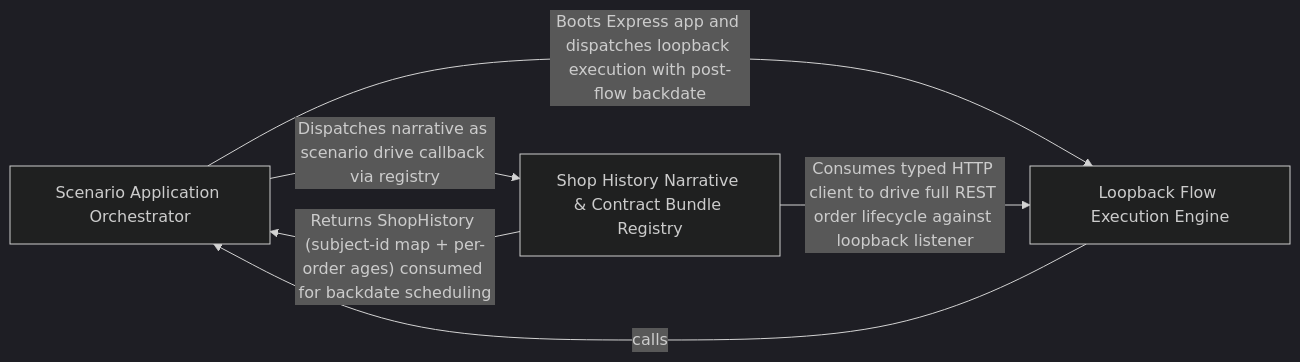
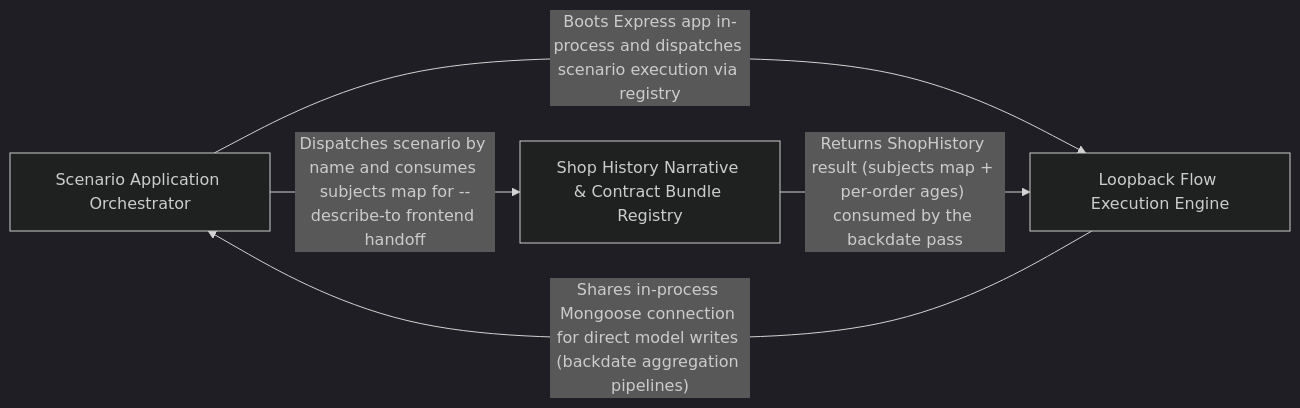
Before and after one commit to Guebbit/boilerplate-node-backend: the diagram in .2brain/arch/Scenario_Flow_Driver.md, drawn with Mermaid (dark theme). The commit also changed other lines of this file and 627 other files, not shown here.

````diff
--- a/.2brain/arch/Scenario_Flow_Driver.md
+++ b/.2brain/arch/Scenario_Flow_Driver.md
@@ -10,14 +10,13 @@
 ```mermaid
 graph LR
     Scenario_Application_Orchestrator["Scenario Application Orchestrator"]
     Loopback_Flow_Execution_Engine["Loopback Flow Execution Engine"]
     Shop_History_Narrative_Contract_Bundle_Registry["Shop History Narrative & Contract Bundle Registry"]
-    Scenario_Application_Orchestrator -- "Boots Express app and dispatches loopback execution with post-flow backdate" --> Loopback_Flow_Execution_Engine
-    Scenario_Application_Orchestrator -- "Dispatches narrative as scenario drive callback via registry" --> Shop_History_Narrative_Contract_Bundle_Registry
-    Loopback_Flow_Execution_Engine -- "calls" --> Scenario_Application_Orchestrator
-    Shop_History_Narrative_Contract_Bundle_Registry -- "Returns ShopHistory (subject-id map + per-order ages) consumed for backdate scheduling" --> Scenario_Application_Orchestrator
-    Shop_History_Narrative_Contract_Bundle_Registry -- "Consumes typed HTTP client to drive full REST order lifecycle against loopback listener" --> Loopback_Flow_Execution_Engine
+    Scenario_Application_Orchestrator -- "Dispatches scenario by name and consumes subjects map for --describe-to frontend handoff" --> Shop_History_Narrative_Contract_Bundle_Registry
+    Scenario_Application_Orchestrator -- "Boots Express app in-process and dispatches scenario execution via registry" --> Loopback_Flow_Execution_Engine
+    Loopback_Flow_Execution_Engine -- "Shares in-process Mongoose connection for direct model writes (backdate aggregation pipelines)" --> Scenario_Application_Orchestrator
+    Shop_History_Narrative_Contract_Bundle_Registry -- "Returns ShopHistory result (subjects map + per-order ages) consumed by the backdate pass" --> Loopback_Flow_Execution_Engine
     click Scenario_Application_Orchestrator href "./Scenario_Application_Orchestrator.md" "Details"
     click Loopback_Flow_Execution_Engine href "./Loopback_Flow_Execution_Engine.md" "Details"
     click Shop_History_Narrative_Contract_Bundle_Registry href "./Shop_History_Narrative_Contract_Bundle_Registry.md" "Details"
 ```
````
